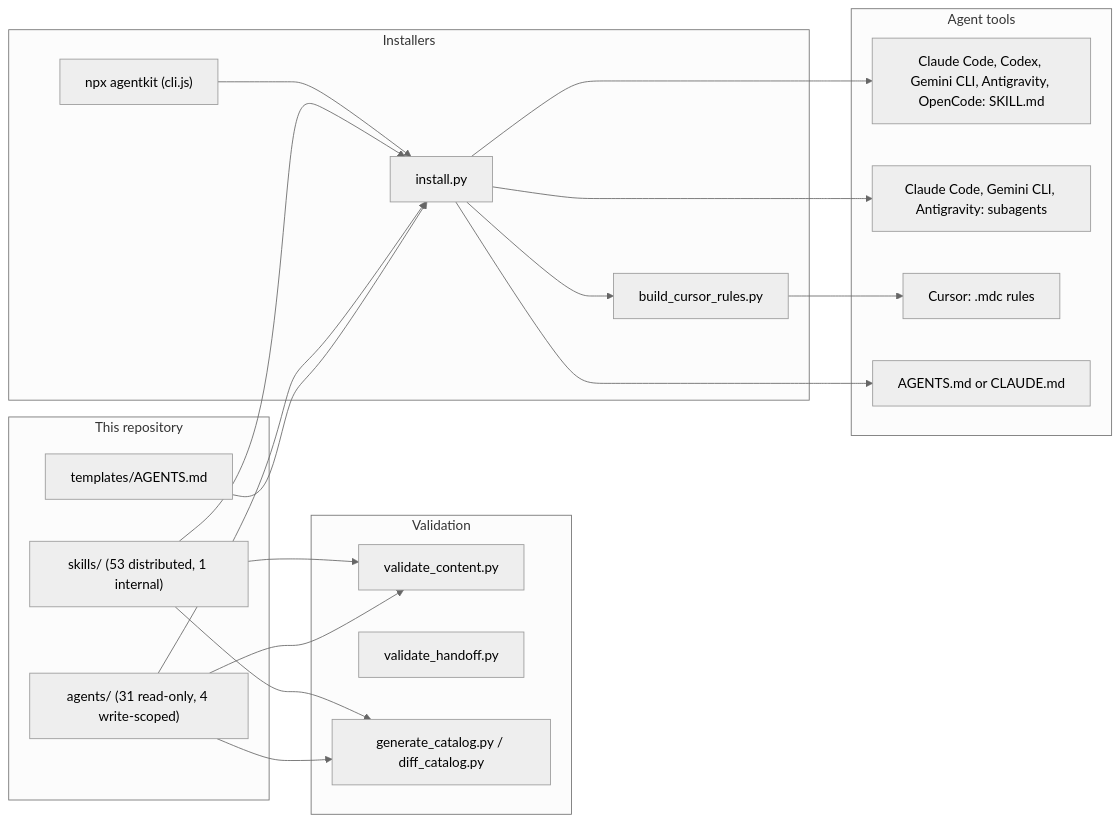
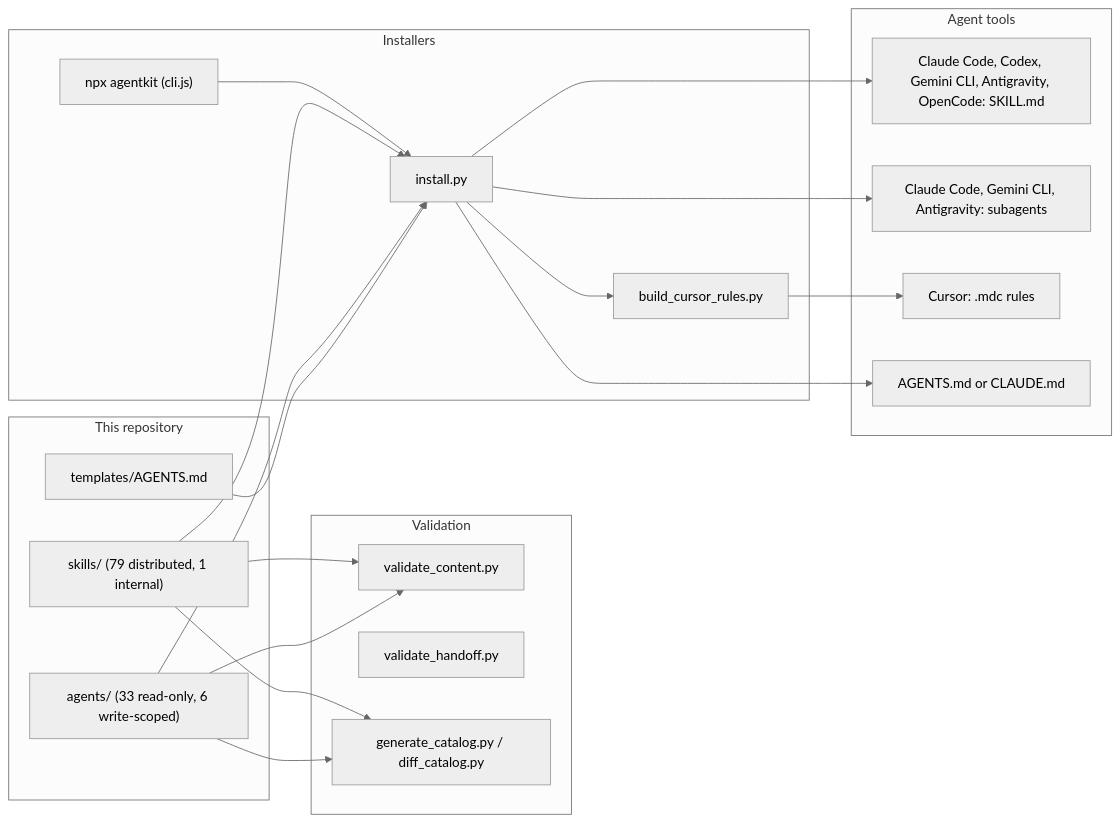
One commit to Ionate-Technologies/indium-agentkit changed the first of 2 diagrams in ARCHITECTURE.md. Above: the diagram before and after it, drawn with Mermaid (neutral theme). The commit also changed other lines of this file and 7 other files, not shown here.

````diff
--- a/ARCHITECTURE.md
+++ b/ARCHITECTURE.md
@@ -8,36 +8,36 @@
 ```mermaid
 flowchart LR
     subgraph Source [This repository]
-        SKILLS["skills/ (53 distributed, 1 internal)"]
-        AGENTS["agents/ (31 read-only, 4 write-scoped)"]
+        SKILLS["skills/ (79 distributed, 1 internal)"]
+        AGENTS["agents/ (33 read-only, 6 write-scoped)"]
         TEMPLATE["templates/AGENTS.md"]
     end
     subgraph Checks [Validation]
         VALIDATE["validate_content.py"]
         HANDOFF["validate_handoff.py"]
         CATALOG["generate_catalog.py / diff_catalog.py"]
     end
     subgraph Install [Installers]
         CLI["npx agentkit (cli.js)"]
         PY["install.py"]
         CURSOR["build_cursor_rules.py"]
     end
     subgraph Targets [Agent tools]
         NATIVE["Claude Code, Codex, Gemini CLI, Antigravity, OpenCode: SKILL.md"]
         SUB["Claude Code, Gemini CLI, Antigravity: subagents"]
         RULES["Cursor: .mdc rules"]
         CONTEXT["AGENTS.md or CLAUDE.md"]
     end
     SKILLS --> VALIDATE
     AGENTS --> VALIDATE
     SKILLS --> CATALOG
     AGENTS --> CATALOG
     CLI --> PY
     SKILLS --> PY
     AGENTS --> PY
     TEMPLATE --> PY
     PY --> NATIVE
     PY --> SUB
     PY --> CURSOR --> RULES
     PY --> CONTEXT
 ```
````
